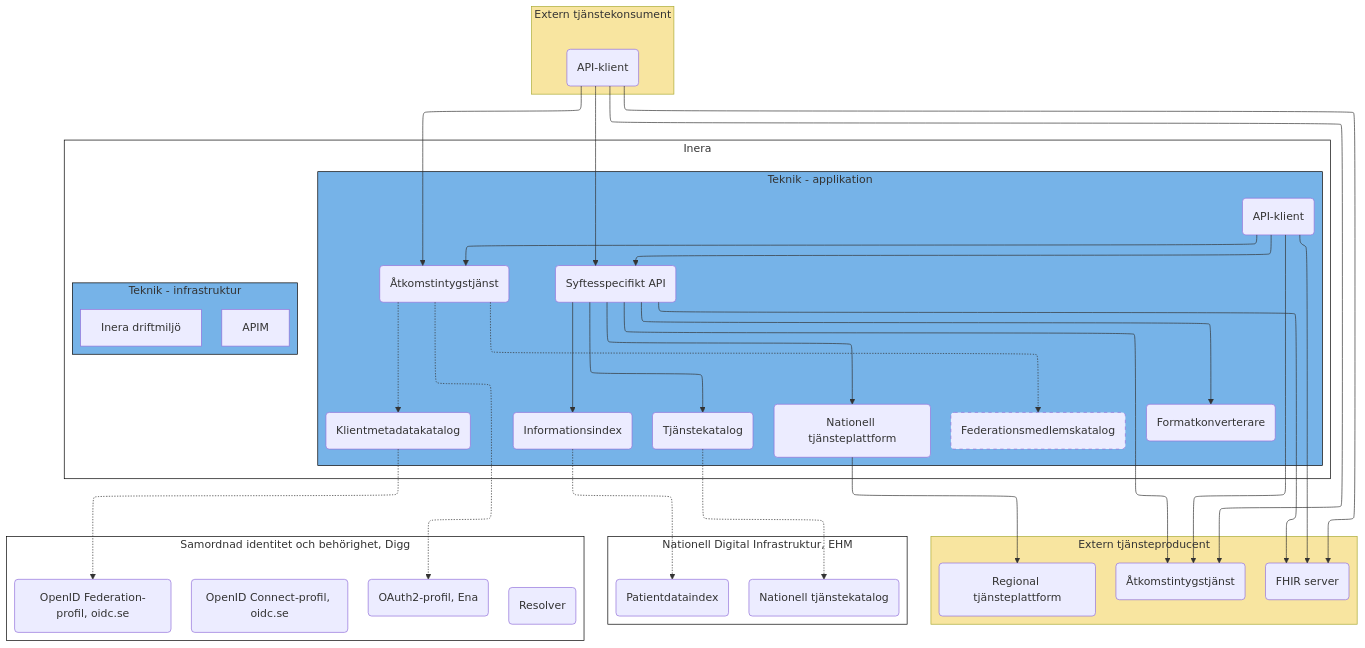
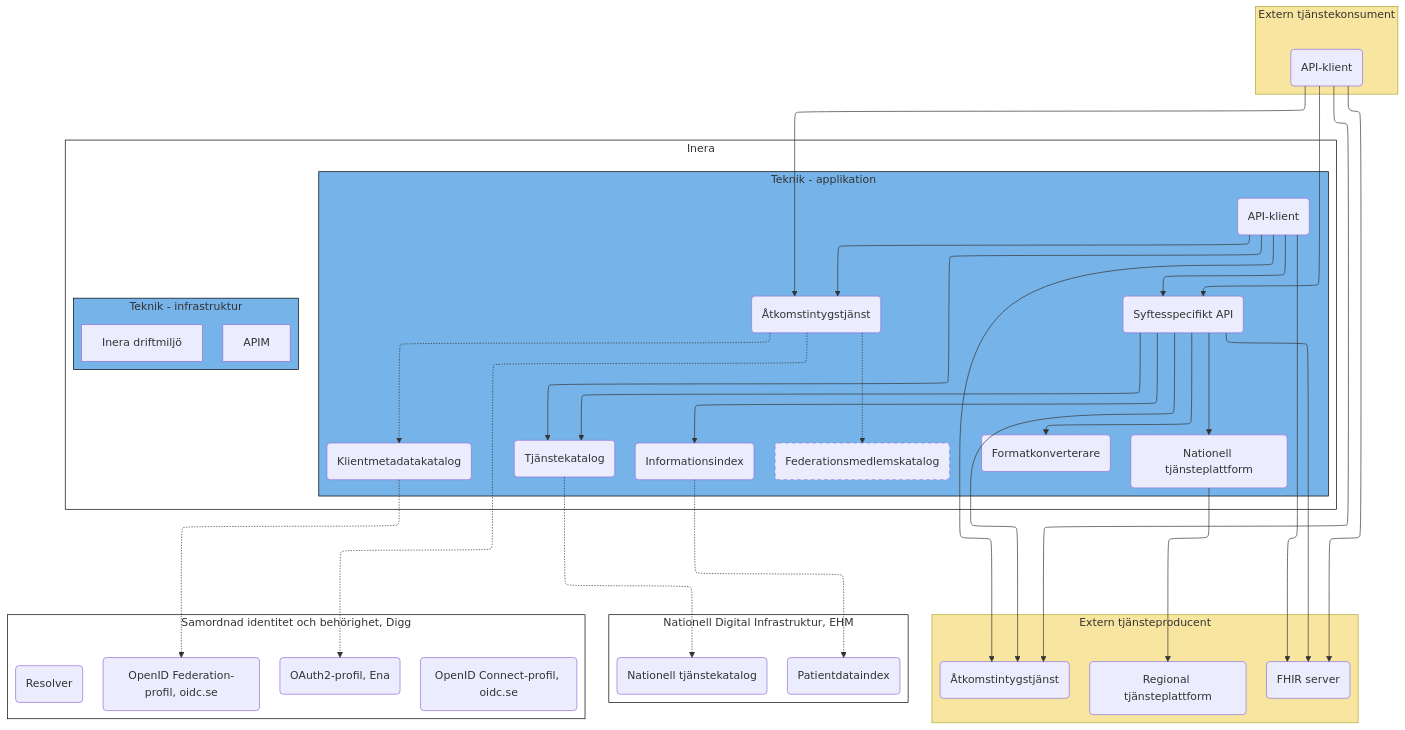
Before and after one commit to anders-malmros-inera/t2mmd: the first of 3 diagrams in T2-krav/solution.md, drawn with Mermaid.

Commit message:
Added direct API call address lookup for Inera API clientsin solution architecture

```diff
--- a/T2-krav/solution.md
+++ b/T2-krav/solution.md
@@ -62,6 +62,9 @@
 %% hämta lokaliseringsinfo och logiskt adresserade producent-APIer
 itp1 --> siii & sitk
 
+%% slå upp anropsadress om man vill anropa producent-API direkt
+itk1 --> sitk
+
 %% Anropa externa REST-APIer
 itp1 --> tpas & tpfs
 
```
